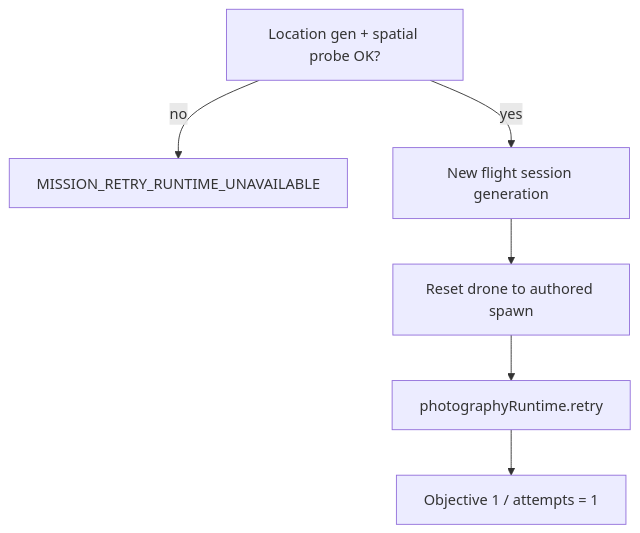
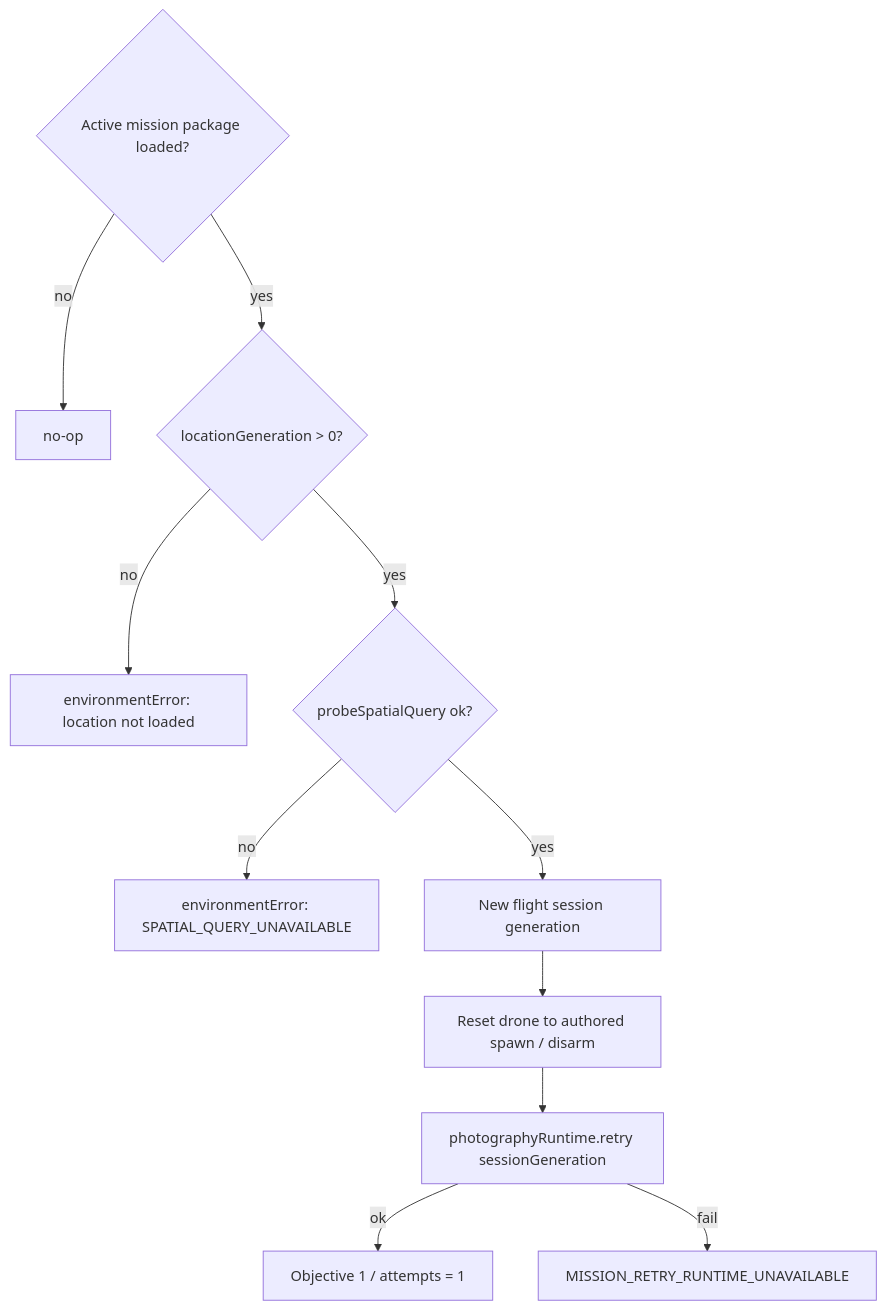
One commit to AmjadGn/fpv-trainer changed the fourth of 5 diagrams in docs/architecture/v1.3.0-checkpoint-5-photography-mission-loop.md. Above: the diagram before and after it, drawn with Mermaid. The commit also changed other lines of this file and 4 other files, not shown here.

Commit message:
docs(v1.3.0): harden Checkpoint 5 architecture notes and mission specs

````diff
--- a/docs/architecture/v1.3.0-checkpoint-5-photography-mission-loop.md
+++ b/docs/architecture/v1.3.0-checkpoint-5-photography-mission-loop.md
@@ -303,8 +313,13 @@
 ```mermaid
 flowchart TB
-  Check[Location gen + spatial probe OK?] -->|no| Reject[MISSION_RETRY_RUNTIME_UNAVAILABLE]
-  Check -->|yes| Reset[New flight session generation]
-  Reset --> Spawn[Reset drone to authored spawn]
-  Spawn --> Runtime[photographyRuntime.retry]
-  Runtime --> Obj1[Objective 1 / attempts = 1]
+  Pkg{Active mission package loaded?} -->|no| Noop[no-op]
+  Pkg -->|yes| Loc{locationGeneration > 0?}
+  Loc -->|no| FailLoc[environmentError: location not loaded]
+  Loc -->|yes| Spatial{probeSpatialQuery ok?}
+  Spatial -->|no| FailSpatial[environmentError: SPATIAL_QUERY_UNAVAILABLE]
+  Spatial -->|yes| Reset[New flight session generation]
+  Reset --> Spawn[Reset drone to authored spawn / disarm]
+  Spawn --> Runtime[photographyRuntime.retry sessionGeneration]
+  Runtime -->|ok| Obj1[Objective 1 / attempts = 1]
+  Runtime -->|fail| FailRuntime[MISSION_RETRY_RUNTIME_UNAVAILABLE]
 ```
````
